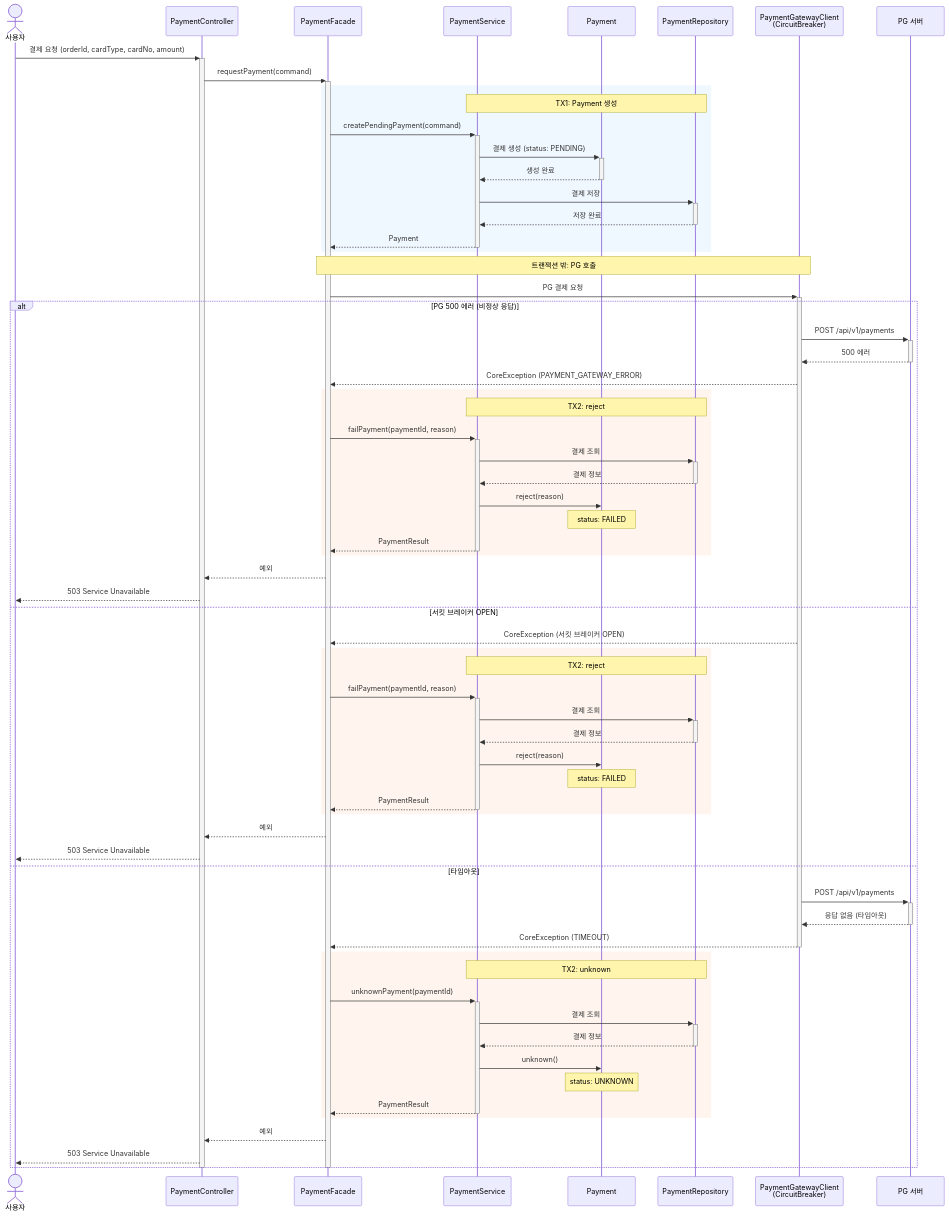
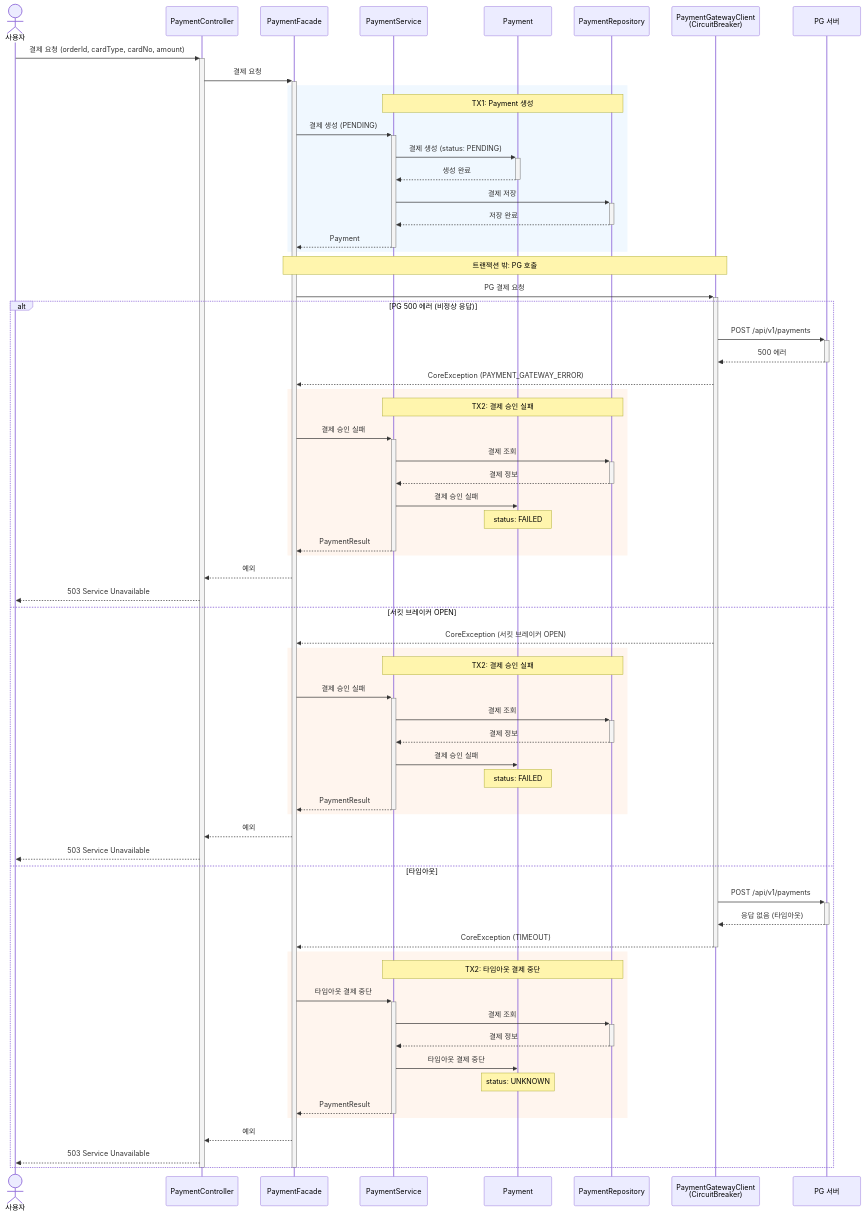
Before and after one commit to kimjunyoung90/loop-pack-be-l2-vol3-java: diagram 33 of 34 in docs/design/02-sequence-diagrams.md, drawn with Mermaid. The commit also changed other lines of this file and 3 other files, not shown here.

```diff
--- a/docs/design/02-sequence-diagrams.md
+++ b/docs/design/02-sequence-diagrams.md
@@ -1280,11 +1280,11 @@
     participant PG as PG 서버
 
     User->>+PC: 결제 요청 (orderId, cardType, cardNo, amount)
-    PC->>+PF: requestPayment(command)
+    PC->>+PF: 결제 요청
 
     rect rgb(240, 248, 255)
         Note over PS, PR: TX1: Payment 생성
-        PF->>+PS: createPendingPayment(command)
+        PF->>+PS: 결제 생성 (PENDING)
         PS->>+P: 결제 생성 (status: PENDING)
         P-->>-PS: 생성 완료
         PS->>+PR: 결제 저장
@@ -1301,11 +1301,11 @@
         GC-->>PF: CoreException (PAYMENT_GATEWAY_ERROR)
 
         rect rgb(255, 245, 238)
-            Note over PS, PR: TX2: reject
-            PF->>+PS: failPayment(paymentId, reason)
+            Note over PS, PR: TX2: 결제 승인 실패
+            PF->>+PS: 결제 승인 실패
             PS->>+PR: 결제 조회
             PR-->>-PS: 결제 정보
-            PS->>P: reject(reason)
+            PS->>P: 결제 승인 실패
             Note over P: status: FAILED
             PS-->>-PF: PaymentResult
         end
@@ -1317,11 +1317,11 @@
         GC-->>PF: CoreException (서킷 브레이커 OPEN)
 
         rect rgb(255, 245, 238)
-            Note over PS, PR: TX2: reject
-            PF->>+PS: failPayment(paymentId, reason)
+            Note over PS, PR: TX2: 결제 승인 실패
+            PF->>+PS: 결제 승인 실패
             PS->>+PR: 결제 조회
             PR-->>-PS: 결제 정보
-            PS->>P: reject(reason)
+            PS->>P: 결제 승인 실패
             Note over P: status: FAILED
             PS-->>-PF: PaymentResult
         end
@@ -1335,11 +1335,11 @@
         GC-->>-PF: CoreException (TIMEOUT)
 
         rect rgb(255, 245, 238)
-            Note over PS, PR: TX2: unknown
-            PF->>+PS: unknownPayment(paymentId)
+            Note over PS, PR: TX2: 타임아웃 결제 중단
+            PF->>+PS: 타임아웃 결제 중단
             PS->>+PR: 결제 조회
             PR-->>-PS: 결제 정보
-            PS->>P: unknown()
+            PS->>P: 타임아웃 결제 중단
             Note over P: status: UNKNOWN
             PS-->>-PF: PaymentResult
         end
```
